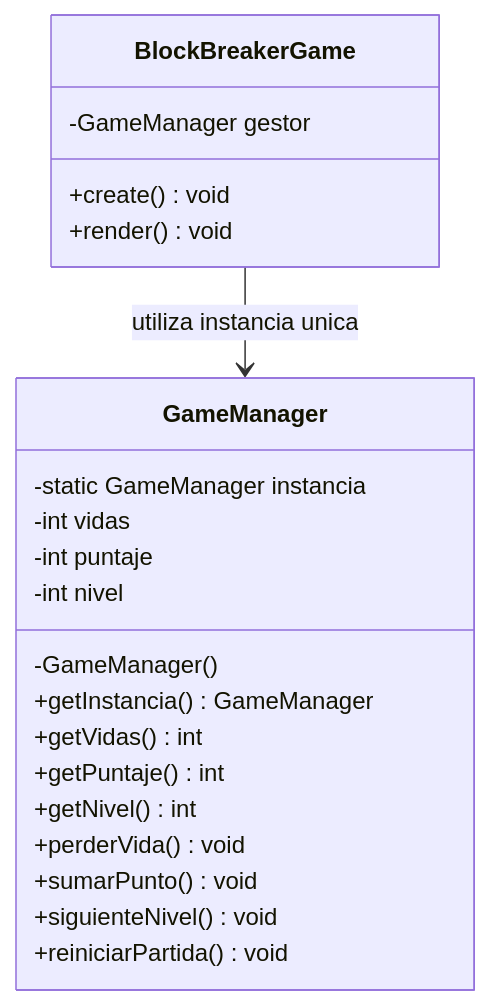
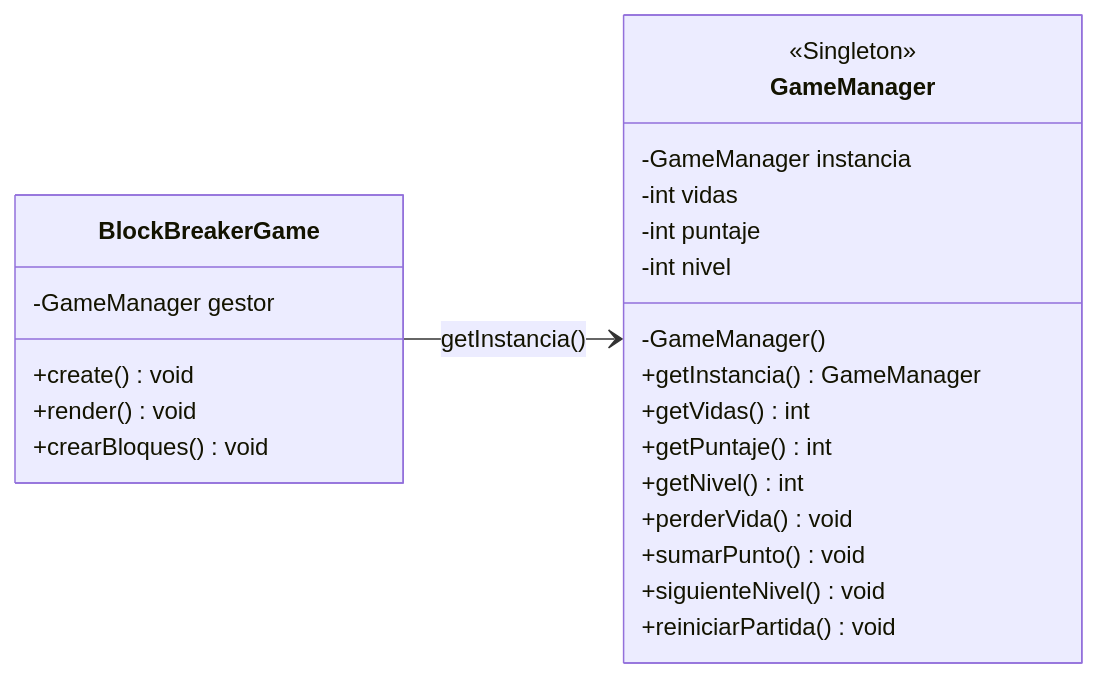
One commit to Curruk/ProyectoBlockBreaker changed the first of 4 diagrams in patrones.md. Above: the diagram before and after it, drawn with Mermaid. The commit also changed other lines of this file, not shown here.

Commit message:
Refactor game structure

````diff
--- a/patrones.md
+++ b/patrones.md
@@ -9,26 +10,30 @@
 ```mermaid
 classDiagram
-    class GameManager {
-        -static GameManager instancia
-        -int vidas
-        -int puntaje
-        -int nivel
-        -GameManager()
-        +getInstancia() GameManager
-        +getVidas() int
-        +getPuntaje() int
-        +getNivel() int
-        +perderVida() void
-        +sumarPunto() void
-        +siguienteNivel() void
-        +reiniciarPartida() void
-    }
+direction LR
 
-    class BlockBreakerGame {
-        -GameManager gestor
-        +create() void
-        +render() void
-    }
+class BlockBreakerGame {
+    -GameManager gestor
+    +create() void
+    +render() void
+    +crearBloques() void
+}
 
-    BlockBreakerGame --> GameManager : utiliza instancia unica
+class GameManager {
+    <<Singleton>>
+    -GameManager instancia
+    -int vidas
+    -int puntaje
+    -int nivel
+    -GameManager()
+    +getInstancia() GameManager
+    +getVidas() int
+    +getPuntaje() int
+    +getNivel() int
+    +perderVida() void
+    +sumarPunto() void
+    +siguienteNivel() void
+    +reiniciarPartida() void
+}
+
+BlockBreakerGame --> GameManager : getInstancia()
 ```
````
